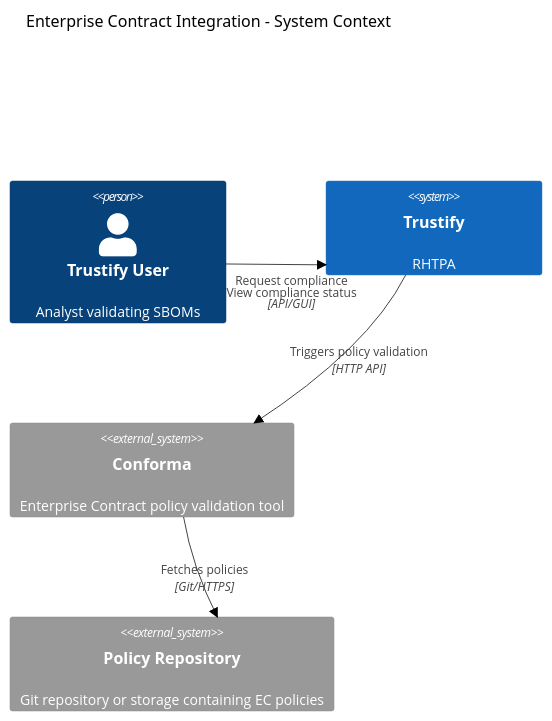
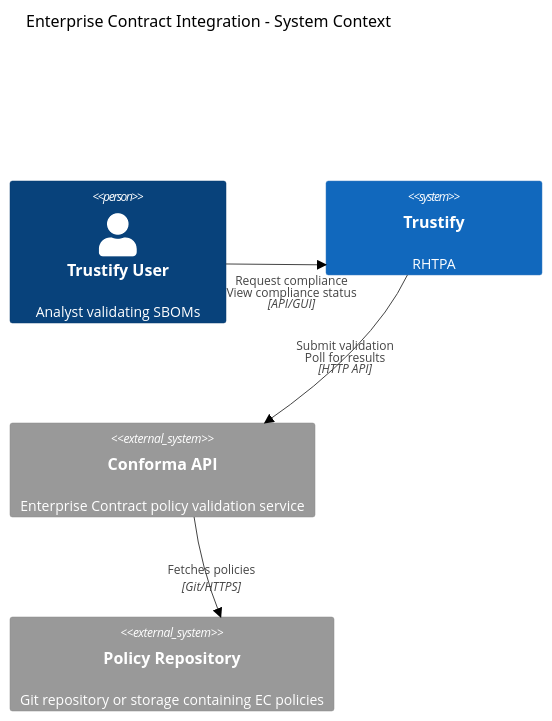
The second of 6 diagrams in docs/adrs/00014-enterprise-contract-integration.md (gildub/trustify), drawn with Mermaid (neutral theme) before and after one commit. The commit also changed other lines of this file, not shown here.

Commit message:
Use Comforma API instead of CLI

````diff
--- a/docs/adrs/00014-enterprise-contract-integration.md
+++ b/docs/adrs/00014-enterprise-contract-integration.md
@@ -112,20 +130,20 @@
 ```mermaid
 C4Context
     title Enterprise Contract Integration - System Context
 
     Person(user, "Trustify User", "Analyst validating SBOMs")
 
     System(trustify, "Trustify", "RHTPA")
-    System_Ext(conforma, "Conforma", "Enterprise Contract policy validation tool")
+    System_Ext(conforma, "Conforma API", "Enterprise Contract policy validation service")
     System_Ext(policyRepo, "Policy Repository", "Git repository or storage containing EC policies")
 
     Rel(user, trustify, "Request compliance<br/>View compliance status", "API/GUI")
-    Rel(trustify, conforma, "Triggers policy validation", "HTTP API")
+    Rel(trustify, conforma, "Submit validation<br/>Poll for results", "HTTP API")
     Rel(conforma, policyRepo, "Fetches policies", "Git/HTTPS")
 
     UpdateRelStyle(user, trustify, $offsetX="-50", $offsetY="20")
     UpdateRelStyle(trustify, conforma, $offsetX="-40")
     UpdateRelStyle(conforma, policyRepo,$offsetX="-40")
 
     UpdateLayoutConfig($c4ShapeInRow="2", $c4BoundaryInRow="1")
 ```
````
